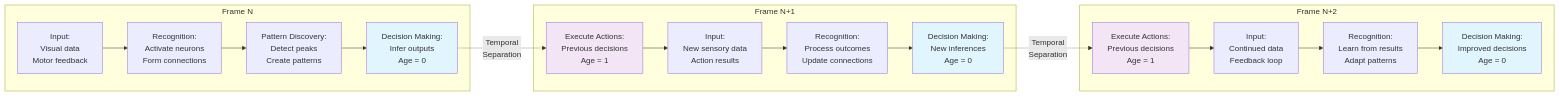
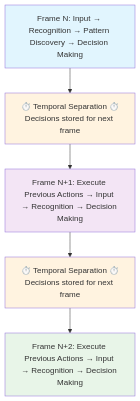
One commit to cucar/robot_brain changed the fourth of 5 diagrams in PATENT_DISCLOSURE.md. Above: the diagram before and after it, drawn with Mermaid. The commit also changed 2 other files, not shown here.

Commit message:
updated patent disclosure and exported to word/pdf doc

````diff
--- a/PATENT_DISCLOSURE.md
+++ b/PATENT_DISCLOSURE.md
@@ -356,43 +356,19 @@
 ```mermaid
-graph LR
-    subgraph "Frame N"
-        I1[Input:<br/>Visual data<br/>Motor feedback]
-        R1[Recognition:<br/>Activate neurons<br/>Form connections]
-        P1[Pattern Discovery:<br/>Detect peaks<br/>Create patterns]
-        D1[Decision Making:<br/>Infer outputs<br/>Age = 0]
-    end
+graph TD
+    F1[Frame N: Input → Recognition → Pattern Discovery → Decision Making]
+    TS1[⏱️ Temporal Separation ⏱️<br/>Decisions stored for next frame]
+    F2[Frame N+1: Execute Previous Actions → Input → Recognition → Decision Making]
+    TS2[⏱️ Temporal Separation ⏱️<br/>Decisions stored for next frame]
+    F3[Frame N+2: Execute Previous Actions → Input → Recognition → Decision Making]
 
-    subgraph "Frame N+1"
-        E1[Execute Actions:<br/>Previous decisions<br/>Age = 1]
-        I2[Input:<br/>New sensory data<br/>Action results]
-        R2[Recognition:<br/>Process outcomes<br/>Update connections]
-        D2[Decision Making:<br/>New inferences<br/>Age = 0]
-    end
+    F1 --> TS1
+    TS1 --> F2
+    F2 --> TS2
+    TS2 --> F3
 
-    subgraph "Frame N+2"
-        E2[Execute Actions:<br/>Previous decisions<br/>Age = 1]
-        I3[Input:<br/>Continued data<br/>Feedback loop]
-        R3[Recognition:<br/>Learn from results<br/>Adapt patterns]
-        D3[Decision Making:<br/>Improved decisions<br/>Age = 0]
-    end
-
-    I1 --> R1
-    R1 --> P1
-    P1 --> D1
-
-    D1 -.->|"Temporal<br/>Separation"| E1
-    E1 --> I2
-    I2 --> R2
-    R2 --> D2
-
-    D2 -.->|"Temporal<br/>Separation"| E2
-    E2 --> I3
-    I3 --> R3
-    R3 --> D3
-
-    style D1 fill:#e1f5fe
-    style D2 fill:#e1f5fe
-    style D3 fill:#e1f5fe
-    style E1 fill:#f3e5f5
-    style E2 fill:#f3e5f5
+    style F1 fill:#e1f5fe
+    style F2 fill:#f3e5f5
+    style F3 fill:#e8f5e8
+    style TS1 fill:#fff3e0
+    style TS2 fill:#fff3e0
 ```
````
